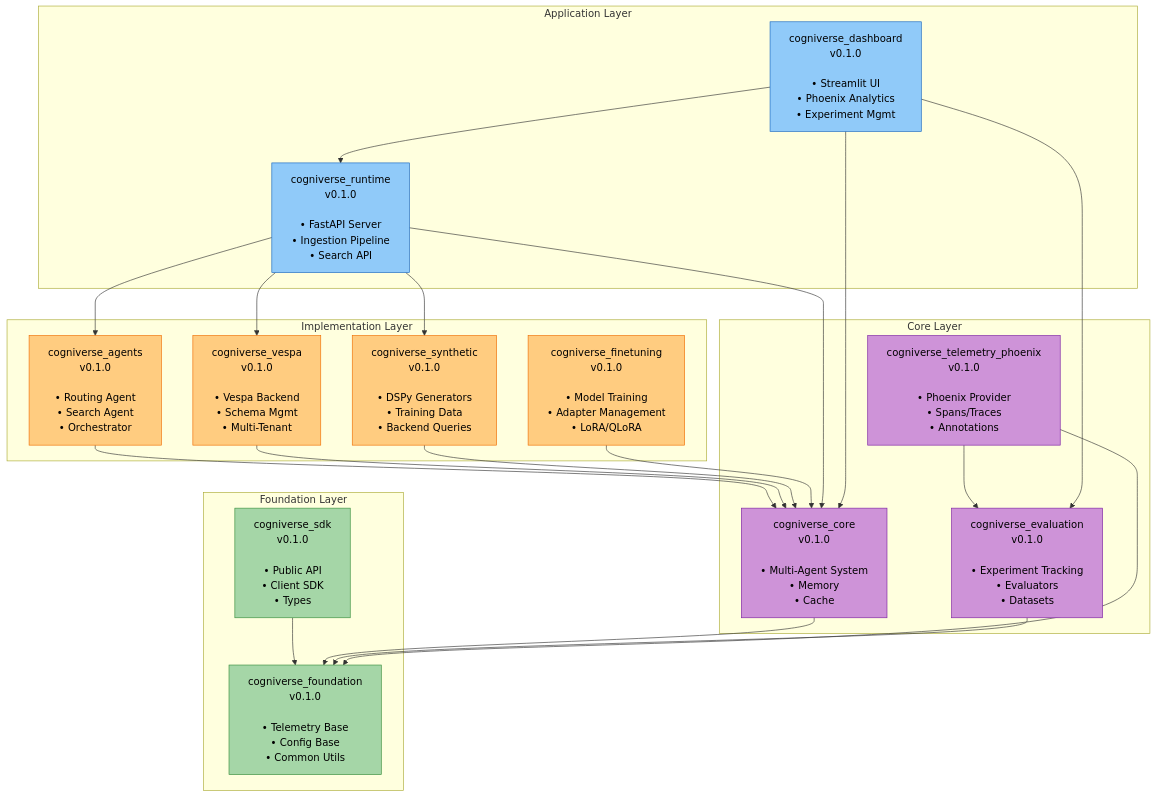
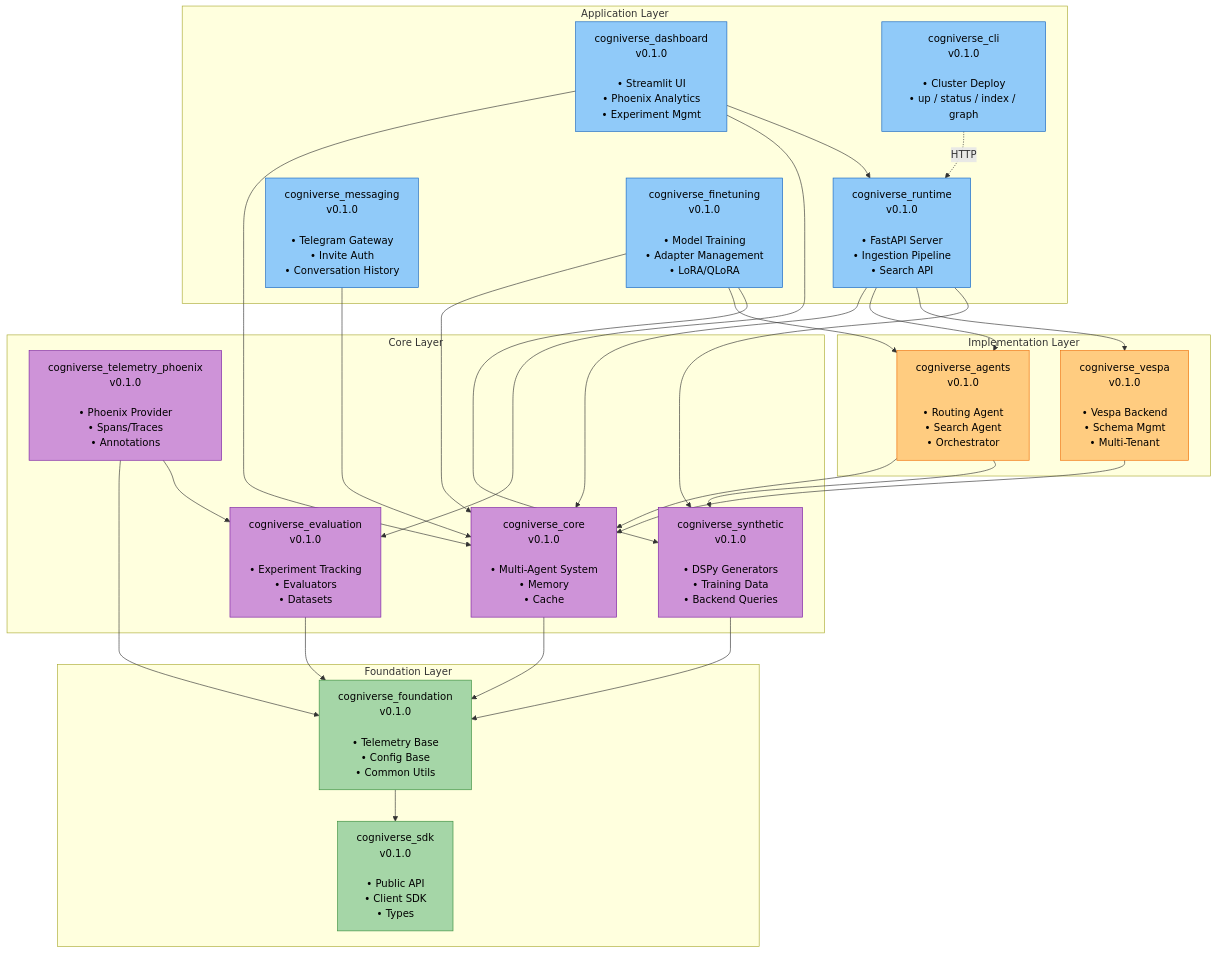
The first of 20 diagrams in docs/diagrams/sdk-architecture-diagrams.md (amit-jain/cogniverse), drawn with Mermaid before and after one commit. The commit also changed other lines of this file and 19 other files, not shown here.

````diff
--- a/docs/diagrams/sdk-architecture-diagrams.md
+++ b/docs/diagrams/sdk-architecture-diagrams.md
@@ -22,68 +22,77 @@
 ```mermaid
 flowchart TB
     subgraph "Foundation Layer"
         SDK["<span style='color:#000'>cogniverse_sdk<br/>v0.1.0<br/><br/>• Public API<br/>• Client SDK<br/>• Types</span>"]
         Foundation["<span style='color:#000'>cogniverse_foundation<br/>v0.1.0<br/><br/>• Telemetry Base<br/>• Config Base<br/>• Common Utils</span>"]
     end
 
     subgraph "Core Layer"
         Core["<span style='color:#000'>cogniverse_core<br/>v0.1.0<br/><br/>• Multi-Agent System<br/>• Memory<br/>• Cache</span>"]
         Evaluation["<span style='color:#000'>cogniverse_evaluation<br/>v0.1.0<br/><br/>• Experiment Tracking<br/>• Evaluators<br/>• Datasets</span>"]
         Phoenix["<span style='color:#000'>cogniverse_telemetry_phoenix<br/>v0.1.0<br/><br/>• Phoenix Provider<br/>• Spans/Traces<br/>• Annotations</span>"]
+        Synthetic["<span style='color:#000'>cogniverse_synthetic<br/>v0.1.0<br/><br/>• DSPy Generators<br/>• Training Data<br/>• Backend Queries</span>"]
     end
 
     subgraph "Implementation Layer"
         Agents["<span style='color:#000'>cogniverse_agents<br/>v0.1.0<br/><br/>• Routing Agent<br/>• Search Agent<br/>• Orchestrator</span>"]
         Vespa["<span style='color:#000'>cogniverse_vespa<br/>v0.1.0<br/><br/>• Vespa Backend<br/>• Schema Mgmt<br/>• Multi-Tenant</span>"]
-        Synthetic["<span style='color:#000'>cogniverse_synthetic<br/>v0.1.0<br/><br/>• DSPy Generators<br/>• Training Data<br/>• Backend Queries</span>"]
-        Finetuning["<span style='color:#000'>cogniverse_finetuning<br/>v0.1.0<br/><br/>• Model Training<br/>• Adapter Management<br/>• LoRA/QLoRA</span>"]
     end
 
     subgraph "Application Layer"
         Runtime["<span style='color:#000'>cogniverse_runtime<br/>v0.1.0<br/><br/>• FastAPI Server<br/>• Ingestion Pipeline<br/>• Search API</span>"]
         Dashboard["<span style='color:#000'>cogniverse_dashboard<br/>v0.1.0<br/><br/>• Streamlit UI<br/>• Phoenix Analytics<br/>• Experiment Mgmt</span>"]
+        Messaging["<span style='color:#000'>cogniverse_messaging<br/>v0.1.0<br/><br/>• Telegram Gateway<br/>• Invite Auth<br/>• Conversation History</span>"]
+        Finetuning["<span style='color:#000'>cogniverse_finetuning<br/>v0.1.0<br/><br/>• Model Training<br/>• Adapter Management<br/>• LoRA/QLoRA</span>"]
+        Cli["<span style='color:#000'>cogniverse_cli<br/>v0.1.0<br/><br/>• Cluster Deploy<br/>• up / status / index / graph</span>"]
     end
 
     %% Foundation Layer dependencies
-    SDK --> Foundation
+    Foundation --> SDK
 
     %% Core Layer dependencies
     Core --> Foundation
     Evaluation --> Foundation
     Phoenix --> Foundation
     Phoenix --> Evaluation
+    Synthetic --> Foundation
 
     %% Implementation Layer dependencies
     Agents --> Core
+    Agents --> Synthetic
     Vespa --> Core
-    Synthetic --> Core
-    Finetuning --> Core
 
     %% Application Layer dependencies
     Runtime --> Core
     Runtime --> Agents
     Runtime --> Vespa
     Runtime --> Synthetic
     Dashboard --> Core
     Dashboard --> Evaluation
     Dashboard --> Runtime
+    Messaging --> Core
+    Finetuning --> Core
+    Finetuning --> Agents
+    Finetuning --> Synthetic
+    Cli -.->|HTTP| Runtime
 
     %% Styling - Foundation Layer (green)
     style SDK fill:#a5d6a7,stroke:#388e3c,color:#000
     style Foundation fill:#a5d6a7,stroke:#388e3c,color:#000
 
     %% Styling - Core Layer (purple)
     style Core fill:#ce93d8,stroke:#7b1fa2,color:#000
     style Evaluation fill:#ce93d8,stroke:#7b1fa2,color:#000
     style Phoenix fill:#ce93d8,stroke:#7b1fa2,color:#000
+    style Synthetic fill:#ce93d8,stroke:#7b1fa2,color:#000
 
     %% Styling - Implementation Layer (orange)
     style Agents fill:#ffcc80,stroke:#ef6c00,color:#000
     style Vespa fill:#ffcc80,stroke:#ef6c00,color:#000
-    style Synthetic fill:#ffcc80,stroke:#ef6c00,color:#000
-    style Finetuning fill:#ffcc80,stroke:#ef6c00,color:#000
 
     %% Styling - Application Layer (blue)
     style Runtime fill:#90caf9,stroke:#1565c0,color:#000
     style Dashboard fill:#90caf9,stroke:#1565c0,color:#000
+    style Messaging fill:#90caf9,stroke:#1565c0,color:#000
+    style Finetuning fill:#90caf9,stroke:#1565c0,color:#000
+    style Cli fill:#90caf9,stroke:#1565c0,color:#000
 ```
````
